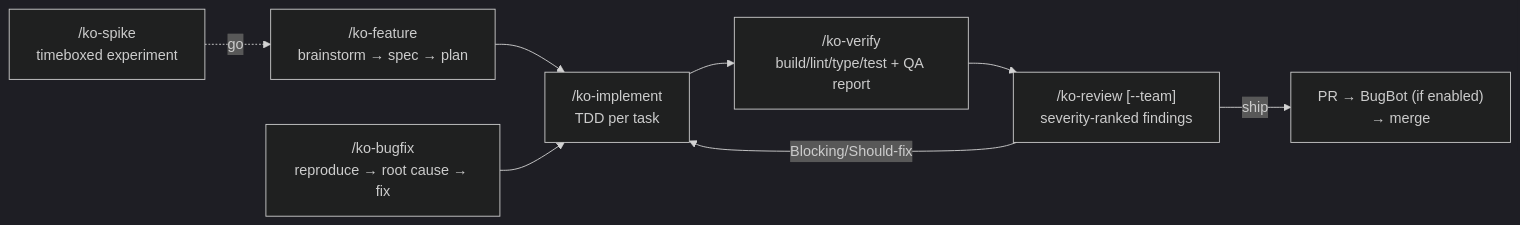
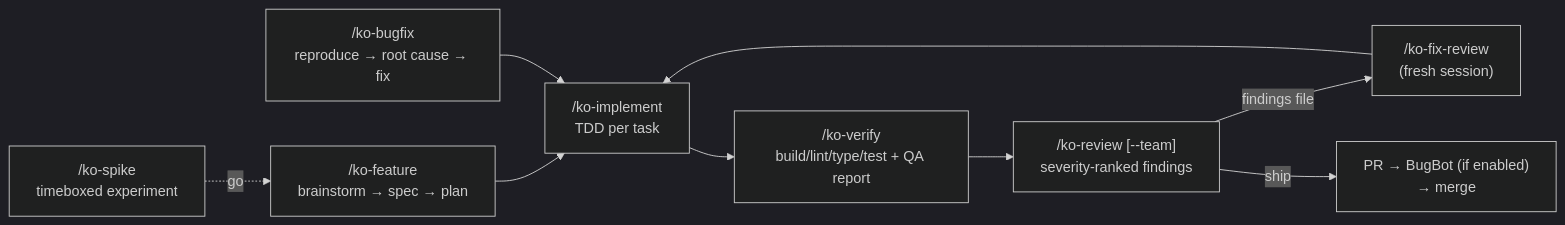
The diagram in README.md (Richardxugit/ko-dev-kit), drawn with Mermaid (dark theme) before and after one commit. The commit also changed other lines of this file and 8 other files, not shown here.

````diff
--- a/README.md
+++ b/README.md
@@ -177,10 +177,11 @@
 ```mermaid
 flowchart LR
     A["/ko-feature<br/>brainstorm → spec → plan"] --> B["/ko-implement<br/>TDD per task"]
     C["/ko-bugfix<br/>reproduce → root cause → fix"] --> B
     S["/ko-spike<br/>timeboxed experiment"] -.->|go| A
     B --> D["/ko-verify<br/>build/lint/type/test + QA report"]
     D --> E["/ko-review [--team]<br/>severity-ranked findings"]
-    E -->|Blocking/Should-fix| B
+    E -->|findings file| G["/ko-fix-review<br/>(fresh session)"]
+    G --> B
     E -->|ship| F["PR → BugBot (if enabled)<br/>→ merge"]
 ```
````
